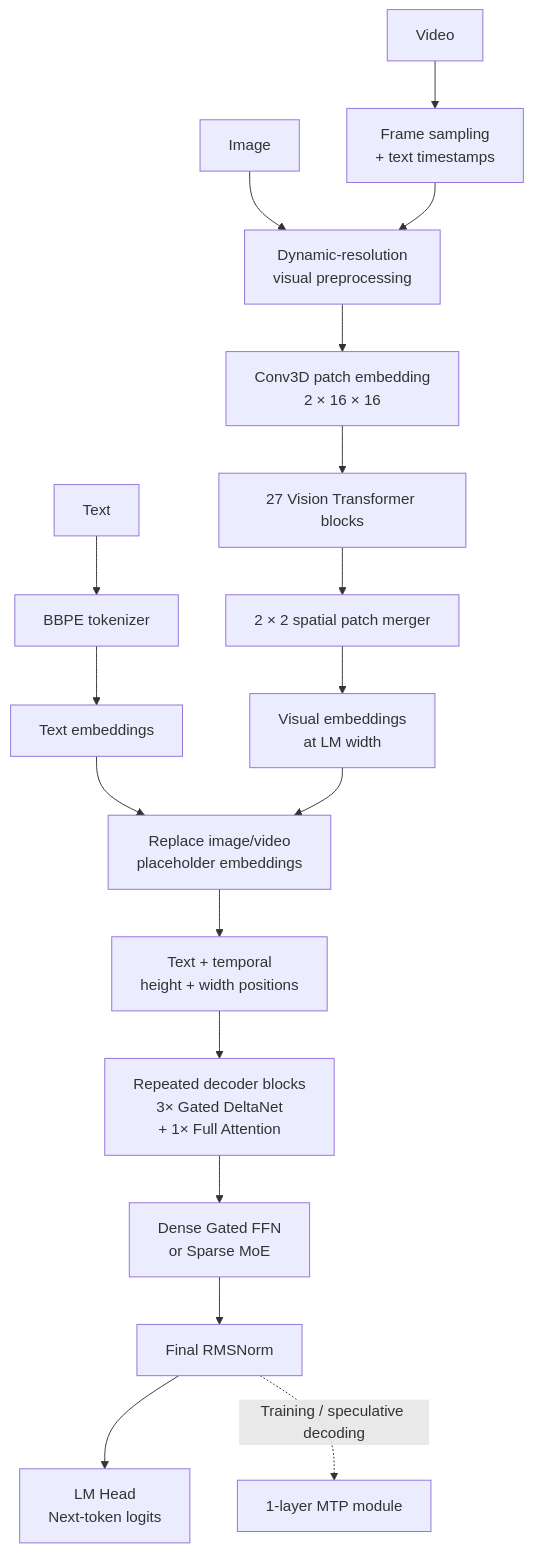
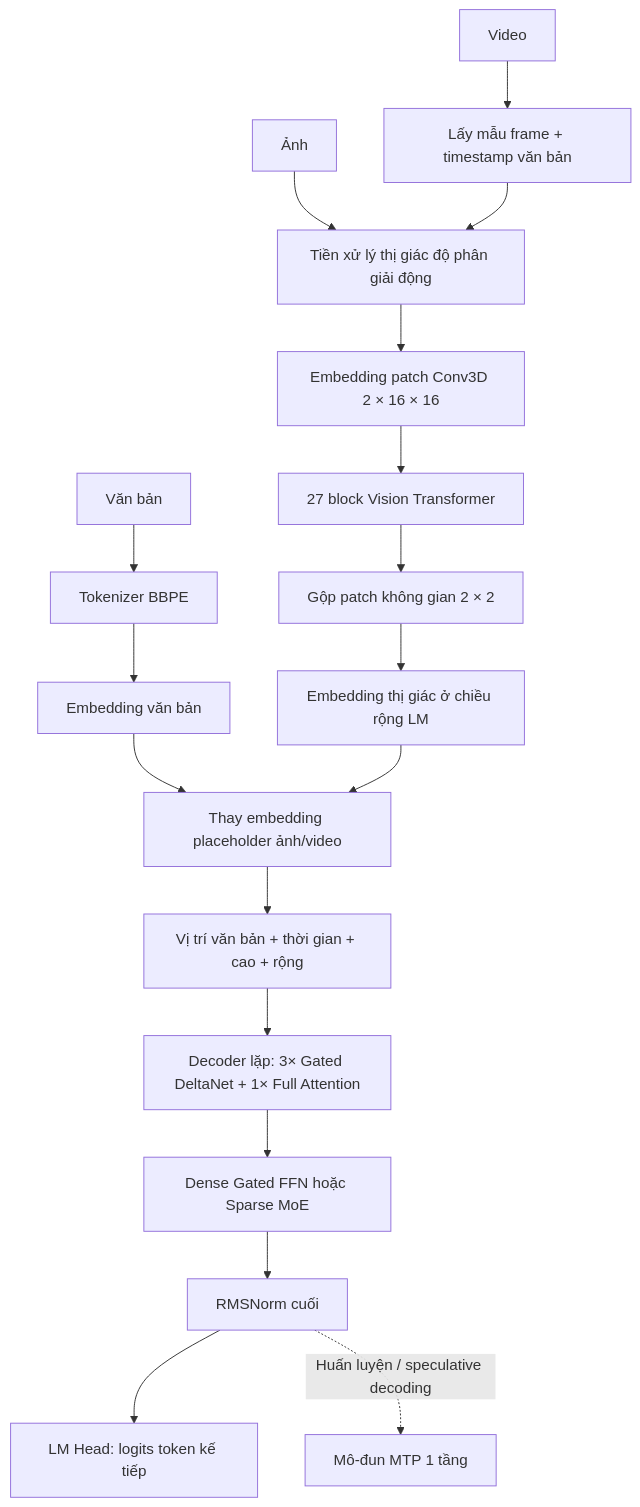
The diagram in docs/research_finding/01-gwen/qwen_models/Qwen3.5/qwen3.5_architecture_and_training.md (cycler04/VinRobotics-VLA), drawn with Mermaid before and after one commit. The commit also changed other lines of this file and 24 other files, not shown here.

````diff
--- a/docs/research_finding/01-gwen/qwen_models/Qwen3.5/qwen3.5_architecture_and_training.md
+++ b/docs/research_finding/01-gwen/qwen_models/Qwen3.5/qwen3.5_architecture_and_training.md
@@ -53,34 +54,19 @@
 ```mermaid
 flowchart TD
-
-    %% Inputs
-    T[Text]
-    I[Image]
-    V[Video]
-
-    %% Preprocessing
-    T --> TOK[BBPE tokenizer]
-    TOK --> TE[Text embeddings]
-
-    I --> VP[Dynamic-resolution<br/>visual preprocessing]
-    V --> TS[Frame sampling<br/>+ text timestamps]
-    TS --> VP
-
-    VP --> PATCH[Conv3D patch embedding<br/>2 × 16 × 16]
-    PATCH --> VIT[27 Vision Transformer blocks]
-    VIT --> MERGE[2 × 2 spatial patch merger]
-    MERGE --> VE[Visual embeddings<br/>at LM width]
-
-    %% Fusion
+    T[Văn bản] --> TOK[Tokenizer BBPE] --> TE[Embedding văn bản]
+    I[Ảnh] --> VP[Tiền xử lý thị giác độ phân giải động]
+    V[Video] --> TS[Lấy mẫu frame + timestamp văn bản] --> VP
+    VP --> PATCH[Embedding patch Conv3D 2 × 16 × 16]
+    PATCH --> VIT[27 block Vision Transformer]
+    VIT --> MERGE[Gộp patch không gian 2 × 2]
+    MERGE --> VE[Embedding thị giác ở chiều rộng LM]
     TE --> FUSE
     VE --> FUSE
-
-    FUSE[Replace image/video<br/>placeholder embeddings]
-        --> POS[Text + temporal<br/>height + width positions]
-        --> HYBRID[Repeated decoder blocks<br/>3× Gated DeltaNet<br/>+ 1× Full Attention]
-        --> FFN[Dense Gated FFN<br/>or Sparse MoE]
-        --> NORM[Final RMSNorm]
-        --> LM[LM Head<br/>Next-token logits]
-
-    NORM -. Training / speculative decoding .-> MTP[1-layer MTP module]
+    FUSE[Thay embedding placeholder ảnh/video]
+      --> POS[Vị trí văn bản + thời gian + cao + rộng]
+      --> HYBRID[Decoder lặp: 3× Gated DeltaNet + 1× Full Attention]
+      --> FFN[Dense Gated FFN hoặc Sparse MoE]
+      --> NORM[RMSNorm cuối]
+      --> LM[LM Head: logits token kế tiếp]
+    NORM -. Huấn luyện / speculative decoding .-> MTP[Mô-đun MTP 1 tầng]
 ```
````
